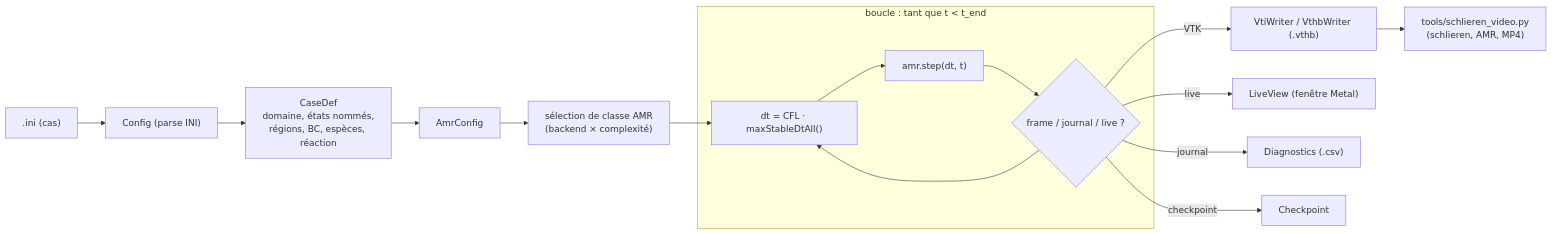
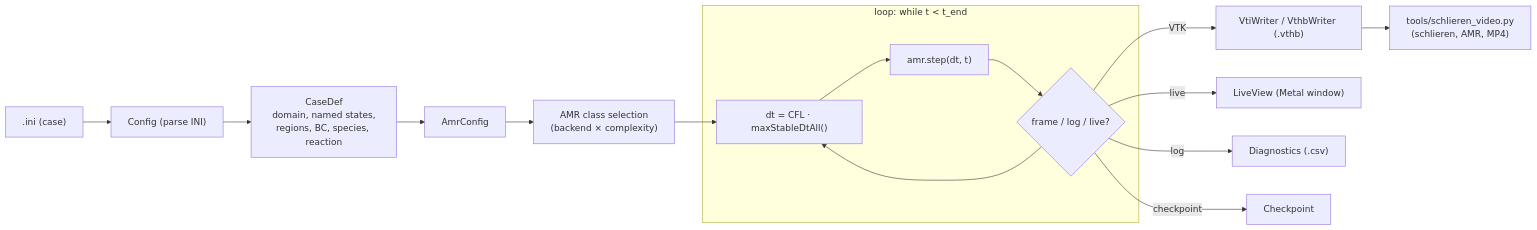
The seventh of 8 diagrams in docs/ARCHITECTURE.md (fhermet/machmallow), drawn with Mermaid before and after one commit. The commit also changed other lines of this file and 1 other file, not shown here.

Commit message:
docs: traduire ARCHITECTURE et NUMERICS en anglais

````diff
--- a/docs/ARCHITECTURE.md
+++ b/docs/ARCHITECTURE.md
@@ -229,18 +226,18 @@
 ```mermaid
 flowchart LR
-    INI[".ini (cas)"] --> Cfg["Config (parse INI)"]
-    Cfg --> CD["CaseDef<br/>domaine, états nommés,<br/>régions, BC, espèces, réaction"]
+    INI[".ini (case)"] --> Cfg["Config (parse INI)"]
+    Cfg --> CD["CaseDef<br/>domain, named states,<br/>regions, BC, species, reaction"]
     CD --> AC["AmrConfig"]
-    AC --> Sel["sélection de classe AMR<br/>(backend × complexité)"]
+    AC --> Sel["AMR class selection<br/>(backend × complexity)"]
     Sel --> dt
-    subgraph Loop["boucle : tant que t &lt; t_end"]
+    subgraph Loop["loop: while t &lt; t_end"]
         dt["dt = CFL · maxStableDtAll()"] --> step["amr.step(dt, t)"]
-        step --> out{"frame / journal / live ?"}
+        step --> out{"frame / log / live?"}
         out --> dt
     end
     out -->|VTK| Vti["VtiWriter / VthbWriter (.vthb)"]
-    out -->|live| LV["LiveView (fenêtre Metal)"]
-    out -->|journal| Diag["Diagnostics (.csv)"]
+    out -->|live| LV["LiveView (Metal window)"]
+    out -->|log| Diag["Diagnostics (.csv)"]
     out -->|checkpoint| Ck["Checkpoint"]
     Vti --> Post["tools/schlieren_video.py<br/>(schlieren, AMR, MP4)"]
 ```
````
